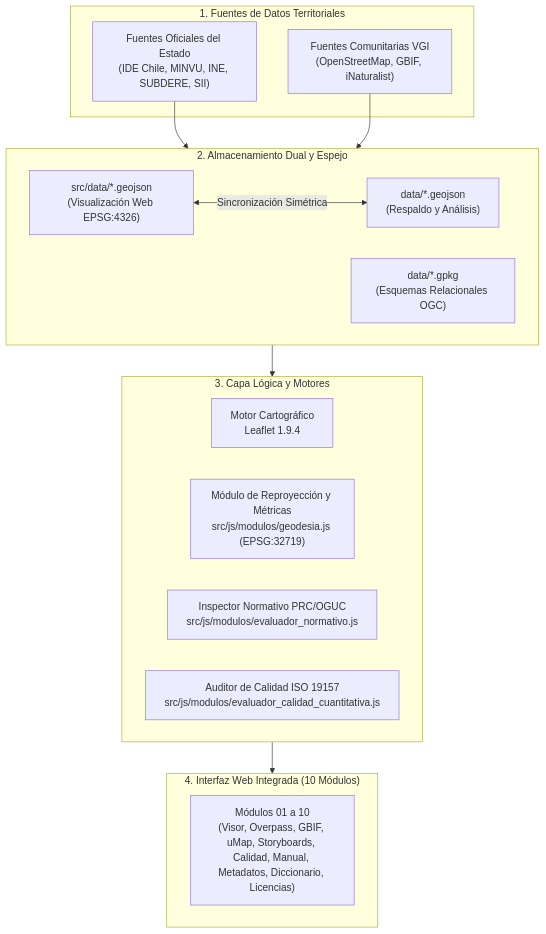
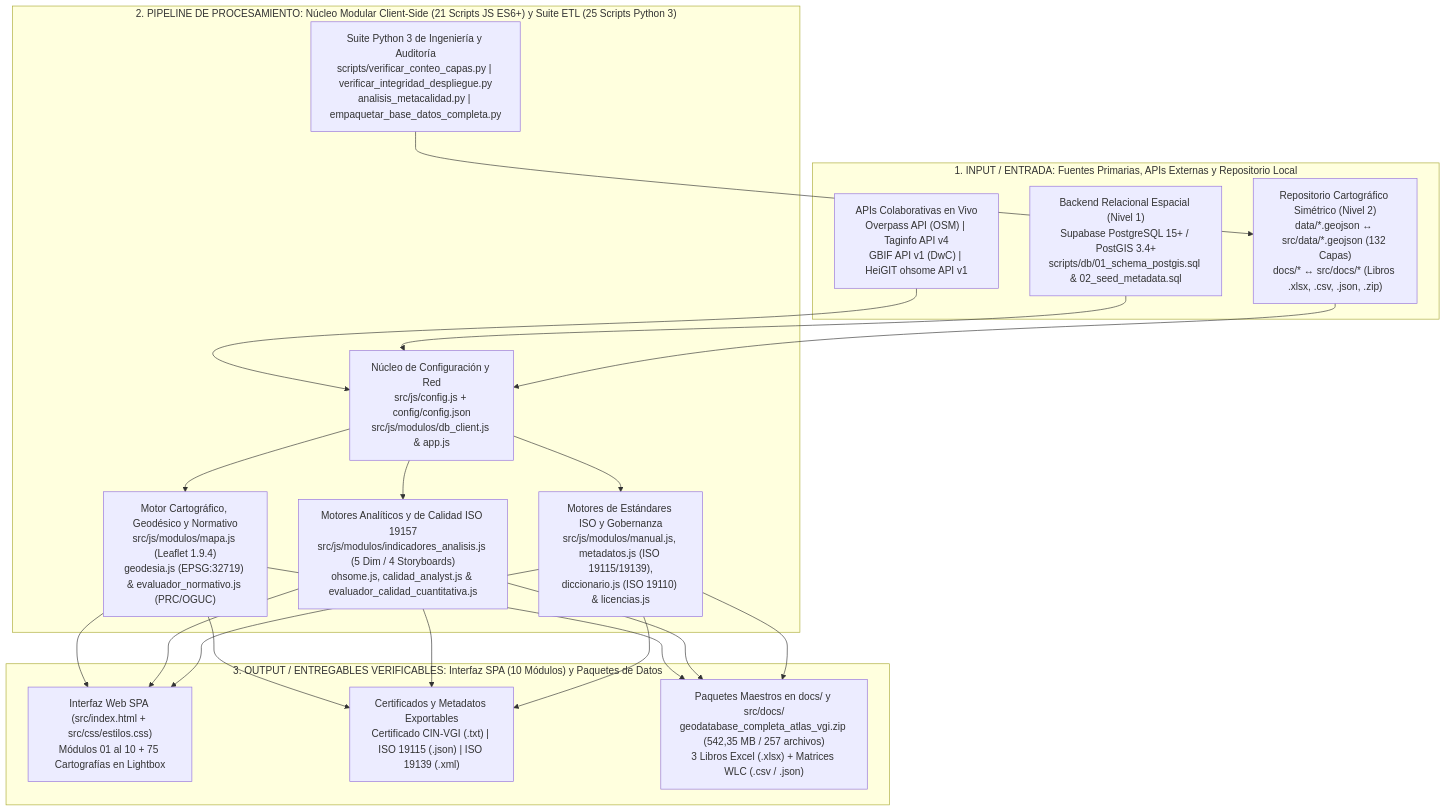
One commit to GEOJOTA/atlas_vgi_territorial changed the first of 4 diagrams in docs/ARQUITECTURA.md. Above: the diagram before and after it, drawn with Mermaid. The commit also changed other lines of this file and 39 other files, not shown here.

Commit message:
docs(proyecto,web): actualizar todos los documentos del proyecto con diagramas pipeline, rutas verificables y coherencia total con la plataforma web

````diff
--- a/docs/ARQUITECTURA.md
+++ b/docs/ARQUITECTURA.md
@@ -91,29 +25,27 @@
 ```mermaid
-flowchart TD
-    subgraph Fuentes ["1. Fuentes de Datos Territoriales"]
-        A1["Fuentes Oficiales del Estado<br/>(IDE Chile, MINVU, INE, SUBDERE, SII)"]
-        A2["Fuentes Comunitarias VGI<br/>(OpenStreetMap, GBIF, iNaturalist)"]
+flowchart TB
+    subgraph CAPA1["1. INPUT / ENTRADA: Fuentes Primarias, APIs Externas y Repositorio Local"]
+        F1["APIs Colaborativas en Vivo<br/>Overpass API (OSM) | Taginfo API v4<br/>GBIF API v1 (DwC) | HeiGIT ohsome API v1"]
+        F2["Backend Relacional Espacial (Nivel 1)<br/>Supabase PostgreSQL 15+ / PostGIS 3.4+<br/>scripts/db/01_schema_postgis.sql & 02_seed_metadata.sql"]
+        F3["Repositorio Cartográfico Simétrico (Nivel 2)<br/>data/*.geojson ↔ src/data/*.geojson (132 Capas)<br/>docs/* ↔ src/docs/* (Libros .xlsx, .csv, .json, .zip)"]
     end
 
-    subgraph Almacenamiento ["2. Almacenamiento Dual y Espejo"]
-        B1["src/data/*.geojson<br/>(Visualización Web EPSG:4326)"]
-        B2["data/*.geojson<br/>(Respaldo y Análisis)"]
-        B3["data/*.gpkg<br/>(Esquemas Relacionales OGC)"]
-        B1 <-->|Sincronización Simétrica| B2
+    subgraph CAPA2["2. PIPELINE DE PROCESAMIENTO: Núcleo Modular Client-Side (21 Scripts JS ES6+) y Suite ETL (25 Scripts Python 3)"]
+        N1["Núcleo de Configuración y Red<br/>src/js/config.js + config/config.json<br/>src/js/modulos/db_client.js & app.js"]
+        N2["Motor Cartográfico, Geodésico y Normativo<br/>src/js/modulos/mapa.js (Leaflet 1.9.4)<br/>geodesia.js (EPSG:32719) & evaluador_normativo.js (PRC/OGUC)"]
+        N3["Motores Analíticos y de Calidad ISO 19157<br/>src/js/modulos/indicadores_analisis.js (5 Dim / 4 Storyboards)<br/>ohsome.js, calidad_analyst.js & evaluador_calidad_cuantitativa.js"]
+        N4["Motores de Estándares ISO y Gobernanza<br/>src/js/modulos/manual.js, metadatos.js (ISO 19115/19139),<br/>diccionario.js (ISO 19110) & licencias.js"]
+        N5["Suite Python 3 de Ingeniería y Auditoría<br/>scripts/verificar_conteo_capas.py | verificar_integridad_despliegue.py<br/>analisis_metacalidad.py | empaquetar_base_datos_completa.py"]
     end
 
-    subgraph Logica ["3. Capa Lógica y Motores"]
-        C1["Motor Cartográfico<br/>Leaflet 1.9.4"]
-        C2["Módulo de Reproyección y Métricas<br/>src/js/modulos/geodesia.js (EPSG:32719)"]
-        C3["Inspector Normativo PRC/OGUC<br/>src/js/modulos/evaluador_normativo.js"]
-        C4["Auditor de Calidad ISO 19157<br/>src/js/modulos/evaluador_calidad_cuantitativa.js"]
+    subgraph CAPA3["3. OUTPUT / ENTREGABLES VERIFICABLES: Interfaz SPA (10 Módulos) y Paquetes de Datos"]
+        S1["Interfaz Web SPA (src/index.html + src/css/estilos.css)<br/>Módulos 01 al 10 + 75 Cartografías en Lightbox"]
+        S2["Certificados y Metadatos Exportables<br/>Certificado CIN-VGI (.txt) | ISO 19115 (.json) | ISO 19139 (.xml)"]
+        S3["Paquetes Maestros en docs/ y src/docs/<br/>geodatabase_completa_atlas_vgi.zip (542,35 MB / 257 archivos)<br/>3 Libros Excel (.xlsx) + Matrices WLC (.csv / .json)"]
     end
 
-    subgraph UI ["4. Interfaz Web Integrada (10 Módulos)"]
-        D1["Módulos 01 a 10<br/>(Visor, Overpass, GBIF, uMap, Storyboards, Calidad, Manual, Metadatos, Diccionario, Licencias)"]
-    end
-
-    A1 & A2 --> Almacenamiento
-    Almacenamiento --> Logica
-    Logica --> UI
+    F1 & F2 & F3 --> N1
+    N5 --> F3
+    N1 --> N2 & N3 & N4
+    N2 & N3 & N4 --> S1 & S2 & S3
 ```
````
